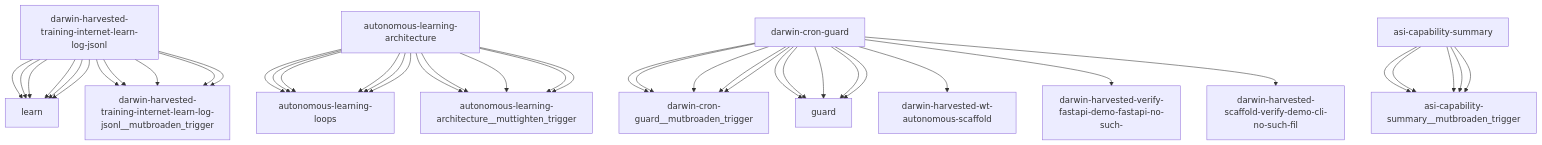
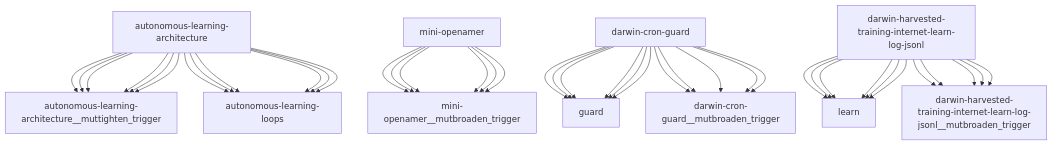
One commit to openamer/openamer changed the diagram in reports/darwin-report.md. Above: the diagram before and after it, drawn with Mermaid. The commit also changed other lines of this file and 19 other files, not shown here.

````diff
--- a/reports/darwin-report.md
+++ b/reports/darwin-report.md
@@ -74,43 +75,43 @@
 ```mermaid
 graph TD
-    darwin-harvested-training-internet-learn-log-jsonl["darwin-harvested-training-internet-learn-log-jsonl"] --> learn["learn"]
-    autonomous-learning-architecture["autonomous-learning-architecture"] --> autonomous-learning-loops["autonomous-learning-loops"]
-    darwin-cron-guard["darwin-cron-guard"] --> darwin-cron-guard__mutbroaden_trigger["darwin-cron-guard__mutbroaden_trigger"]
-    darwin-harvested-training-internet-learn-log-jsonl["darwin-harvested-training-internet-learn-log-jsonl"] --> darwin-harvested-training-internet-learn-log-jsonl__mutbroaden_trigger["darwin-harvested-training-internet-learn-log-jsonl__mutbroaden_trigger"]
     autonomous-learning-architecture["autonomous-learning-architecture"] --> autonomous-learning-architecture__muttighten_trigger["autonomous-learning-architecture__muttighten_trigger"]
-    asi-capability-summary["asi-capability-summary"] --> asi-capability-summary__mutbroaden_trigger["asi-capability-summary__mutbroaden_trigger"]
+    mini-openamer["mini-openamer"] --> mini-openamer__mutbroaden_trigger["mini-openamer__mutbroaden_trigger"]
     darwin-cron-guard["darwin-cron-guard"] --> guard["guard"]
     darwin-harvested-training-internet-learn-log-jsonl["darwin-harvested-training-internet-learn-log-jsonl"] --> learn["learn"]
     autonomous-learning-architecture["autonomous-learning-architecture"] --> autonomous-learning-loops["autonomous-learning-loops"]
     darwin-cron-guard["darwin-cron-guard"] --> darwin-cron-guard__mutbroaden_trigger["darwin-cron-guard__mutbroaden_trigger"]
     darwin-harvested-training-internet-learn-log-jsonl["darwin-harvested-training-internet-learn-log-jsonl"] --> darwin-harvested-training-internet-learn-log-jsonl__mutbroaden_trigger["darwin-harvested-training-internet-learn-log-jsonl__mutbroaden_trigger"]
     autonomous-learning-architecture["autonomous-learning-architecture"] --> autonomous-learning-architecture__muttighten_trigger["autonomous-learning-architecture__muttighten_trigger"]
-    asi-capability-summary["asi-capability-summary"] --> asi-capability-summary__mutbroaden_trigger["asi-capability-summary__mutbroaden_trigger"]
+    mini-openamer["mini-openamer"] --> mini-openamer__mutbroaden_trigger["mini-openamer__mutbroaden_trigger"]
     darwin-cron-guard["darwin-cron-guard"] --> guard["guard"]
     darwin-harvested-training-internet-learn-log-jsonl["darwin-harvested-training-internet-learn-log-jsonl"] --> learn["learn"]
     autonomous-learning-architecture["autonomous-learning-architecture"] --> autonomous-learning-loops["autonomous-learning-loops"]
     darwin-cron-guard["darwin-cron-guard"] --> darwin-cron-guard__mutbroaden_trigger["darwin-cron-guard__mutbroaden_trigger"]
     darwin-harvested-training-internet-learn-log-jsonl["darwin-harvested-training-internet-learn-log-jsonl"] --> darwin-harvested-training-internet-learn-log-jsonl__mutbroaden_trigger["darwin-harvested-training-internet-learn-log-jsonl__mutbroaden_trigger"]
     autonomous-learning-architecture["autonomous-learning-architecture"] --> autonomous-learning-architecture__muttighten_trigger["autonomous-learning-architecture__muttighten_trigger"]
-    asi-capability-summary["asi-capability-summary"] --> asi-capability-summary__mutbroaden_trigger["asi-capability-summary__mutbroaden_trigger"]
-    darwin-cron-guard["darwin-cron-guard"] --> darwin-harvested-wt-autonomous-scaffold["darwin-harvested-wt-autonomous-scaffold"]
+    mini-openamer["mini-openamer"] --> mini-openamer__mutbroaden_trigger["mini-openamer__mutbroaden_trigger"]
     darwin-cron-guard["darwin-cron-guard"] --> guard["guard"]
     darwin-harvested-training-internet-learn-log-jsonl["darwin-harvested-training-internet-learn-log-jsonl"] --> learn["learn"]
     autonomous-learning-architecture["autonomous-learning-architecture"] --> autonomous-learning-loops["autonomous-learning-loops"]
     darwin-cron-guard["darwin-cron-guard"] --> darwin-cron-guard__mutbroaden_trigger["darwin-cron-guard__mutbroaden_trigger"]
     darwin-harvested-training-internet-learn-log-jsonl["darwin-harvested-training-internet-learn-log-jsonl"] --> darwin-harvested-training-internet-learn-log-jsonl__mutbroaden_trigger["darwin-harvested-training-internet-learn-log-jsonl__mutbroaden_trigger"]
     autonomous-learning-architecture["autonomous-learning-architecture"] --> autonomous-learning-architecture__muttighten_trigger["autonomous-learning-architecture__muttighten_trigger"]
-    asi-capability-summary["asi-capability-summary"] --> asi-capability-summary__mutbroaden_trigger["asi-capability-summary__mutbroaden_trigger"]
-    darwin-cron-guard["darwin-cron-guard"] --> darwin-harvested-verify-fastapi-demo-fastapi-no-such-["darwin-harvested-verify-fastapi-demo-fastapi-no-such-"]
-    darwin-cron-guard["darwin-cron-guard"] --> darwin-harvested-scaffold-verify-demo-cli-no-such-fil["darwin-harvested-scaffold-verify-demo-cli-no-such-fil"]
+    mini-openamer["mini-openamer"] --> mini-openamer__mutbroaden_trigger["mini-openamer__mutbroaden_trigger"]
     darwin-cron-guard["darwin-cron-guard"] --> guard["guard"]
     darwin-harvested-training-internet-learn-log-jsonl["darwin-harvested-training-internet-learn-log-jsonl"] --> learn["learn"]
     autonomous-learning-architecture["autonomous-learning-architecture"] --> autonomous-learning-loops["autonomous-learning-loops"]
     darwin-cron-guard["darwin-cron-guard"] --> darwin-cron-guard__mutbroaden_trigger["darwin-cron-guard__mutbroaden_trigger"]
     darwin-harvested-training-internet-learn-log-jsonl["darwin-harvested-training-internet-learn-log-jsonl"] --> darwin-harvested-training-internet-learn-log-jsonl__mutbroaden_trigger["darwin-harvested-training-internet-learn-log-jsonl__mutbroaden_trigger"]
     autonomous-learning-architecture["autonomous-learning-architecture"] --> autonomous-learning-architecture__muttighten_trigger["autonomous-learning-architecture__muttighten_trigger"]
-    asi-capability-summary["asi-capability-summary"] --> asi-capability-summary__mutbroaden_trigger["asi-capability-summary__mutbroaden_trigger"]
+    mini-openamer["mini-openamer"] --> mini-openamer__mutbroaden_trigger["mini-openamer__mutbroaden_trigger"]
+    darwin-cron-guard["darwin-cron-guard"] --> darwin-cron-guard__mutbroaden_trigger["darwin-cron-guard__mutbroaden_trigger"]
+    darwin-harvested-training-internet-learn-log-jsonl["darwin-harvested-training-internet-learn-log-jsonl"] --> darwin-harvested-training-internet-learn-log-jsonl__mutbroaden_trigger["darwin-harvested-training-internet-learn-log-jsonl__mutbroaden_trigger"]
+    autonomous-learning-architecture["autonomous-learning-architecture"] --> autonomous-learning-architecture__muttighten_trigger["autonomous-learning-architecture__muttighten_trigger"]
+    mini-openamer["mini-openamer"] --> mini-openamer__mutbroaden_trigger["mini-openamer__mutbroaden_trigger"]
+    darwin-cron-guard["darwin-cron-guard"] --> guard["guard"]
+    darwin-harvested-training-internet-learn-log-jsonl["darwin-harvested-training-internet-learn-log-jsonl"] --> learn["learn"]
+    autonomous-learning-architecture["autonomous-learning-architecture"] --> autonomous-learning-loops["autonomous-learning-loops"]
     darwin-cron-guard["darwin-cron-guard"] --> guard["guard"]
     darwin-harvested-training-internet-learn-log-jsonl["darwin-harvested-training-internet-learn-log-jsonl"] --> learn["learn"]
     autonomous-learning-architecture["autonomous-learning-architecture"] --> autonomous-learning-loops["autonomous-learning-loops"]
 ```
````
